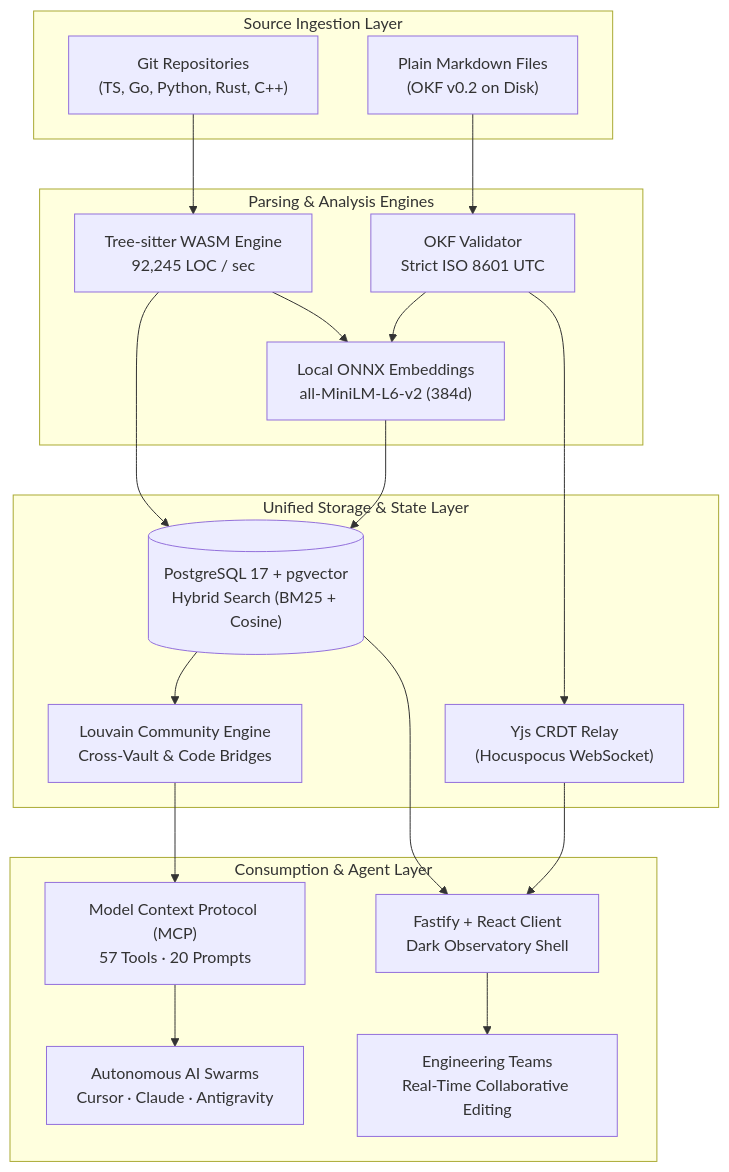
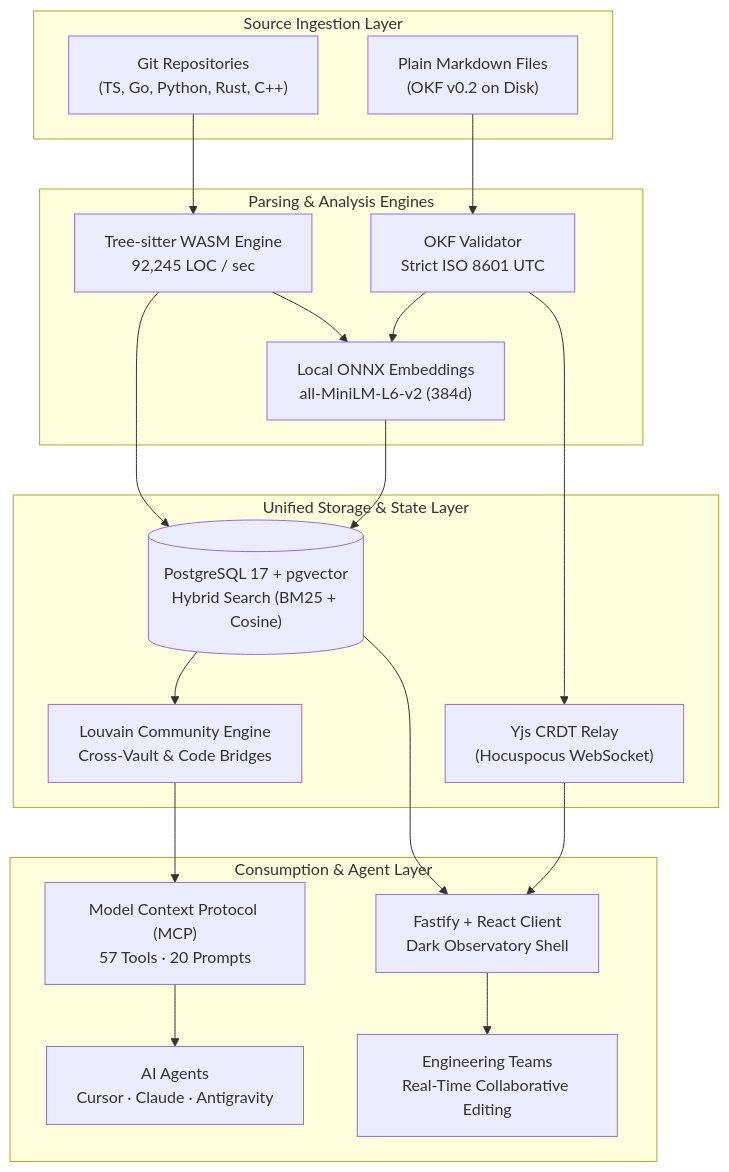
The diagram in README.md (PIIIX-org/chapters), drawn with Mermaid before and after one commit. The commit also changed other lines of this file and 4 other files, not shown here.

````diff
--- a/README.md
+++ b/README.md
@@ -61,40 +63,40 @@
 ```mermaid
 flowchart TD
   subgraph Ingestion ["Source Ingestion Layer"]
     MD["Plain Markdown Files\n(OKF v0.2 on Disk)"]
     GIT["Git Repositories\n(TS, Go, Python, Rust, C++)"]
   end
 
   subgraph Processing ["Parsing & Analysis Engines"]
     OKF_P["OKF Validator\nStrict ISO 8601 UTC"]
     TS_P["Tree-sitter WASM Engine\n92,245 LOC / sec"]
     EMB["Local ONNX Embeddings\nall-MiniLM-L6-v2 (384d)"]
   end
 
   subgraph Storage ["Unified Storage & State Layer"]
     PG[("PostgreSQL 17 + pgvector\nHybrid Search (BM25 + Cosine)")]
     YJS["Yjs CRDT Relay\n(Hocuspocus WebSocket)"]
     LOUVAIN["Louvain Community Engine\nCross-Vault & Code Bridges"]
   end
 
   subgraph Consumers ["Consumption & Agent Layer"]
     MCP["Model Context Protocol (MCP)\n57 Tools · 20 Prompts"]
     UI["Fastify + React Client\nDark Observatory Shell"]
-    AGENTS["Autonomous AI Swarms\nCursor · Claude · Antigravity"]
+    AGENTS["AI Agents\nCursor · Claude · Antigravity"]
     HUMANS["Engineering Teams\nReal-Time Collaborative Editing"]
   end
 
   MD --> OKF_P
   GIT --> TS_P
   OKF_P --> EMB
   TS_P --> EMB
   OKF_P --> YJS
   EMB --> PG
   TS_P --> PG
   PG --> LOUVAIN
   LOUVAIN --> MCP
   YJS --> UI
   PG --> UI
   MCP --> AGENTS
   UI --> HUMANS
 ```
````
